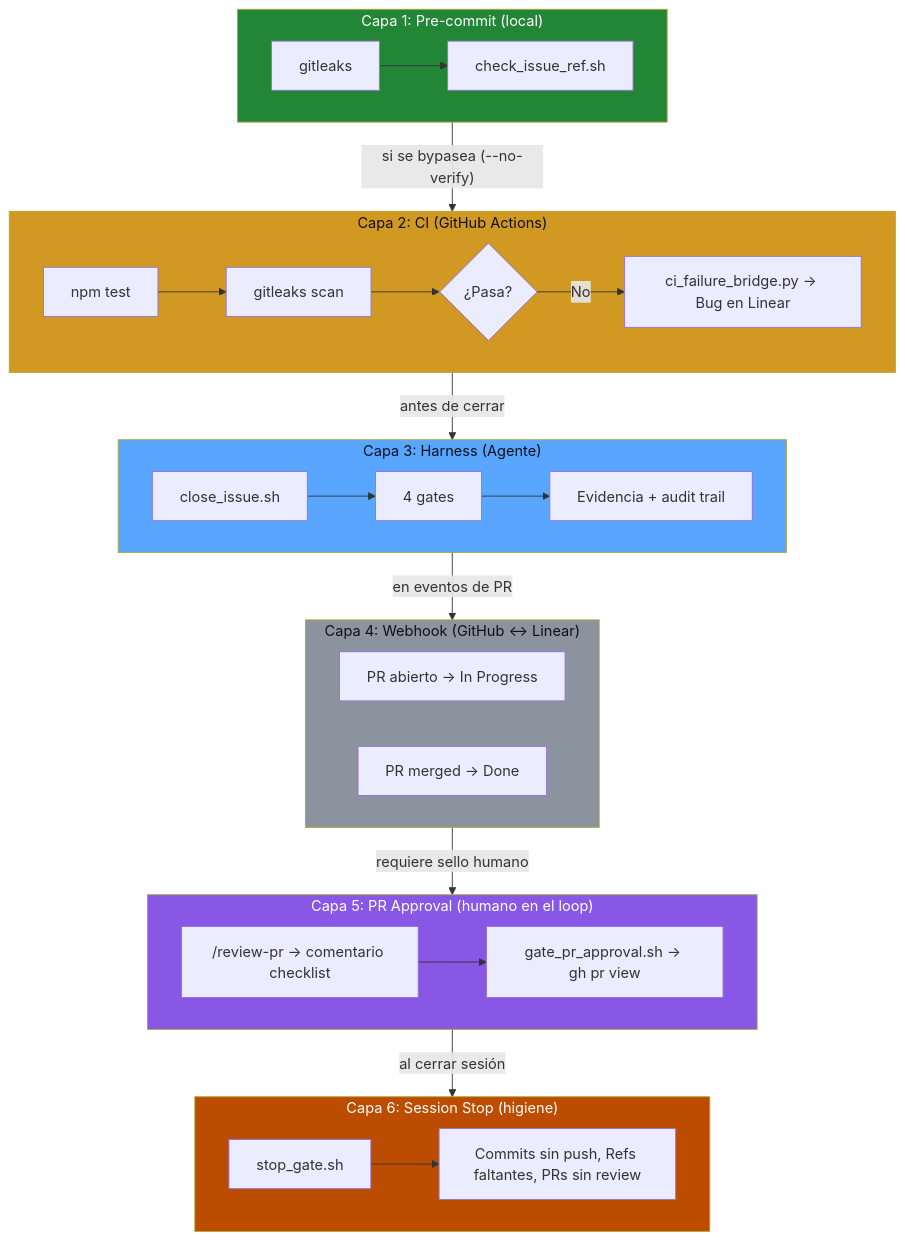
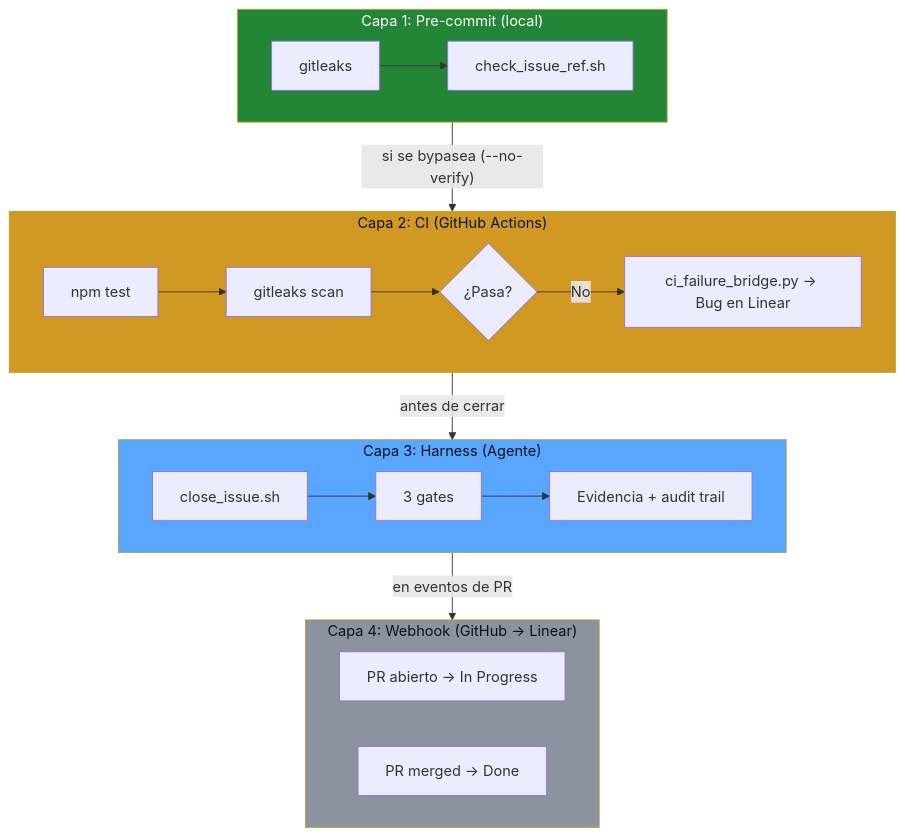
Before and after one commit to GACONET/harness-driven-dev: the fourth of 6 diagrams in docs/architecture.es.md, drawn with Mermaid. The commit also changed other lines of this file and 28 other files, not shown here.

````diff
--- a/docs/architecture.es.md
+++ b/docs/architecture.es.md
@@ -137,47 +128,31 @@
 ```mermaid
 graph TB
     subgraph L1["Capa 1: Pre-commit (local)"]
         L1A["gitleaks"] --> L1B["check_issue_ref.sh"]
     end
 
     subgraph L2["Capa 2: CI (GitHub Actions)"]
         L2A["npm test"] --> L2B["gitleaks scan"]
         L2B --> L2C{"¿Pasa?"}
         L2C -->|No| L2D["ci_failure_bridge.py → Bug en Linear"]
     end
 
     subgraph L3["Capa 3: Harness (Agente)"]
-        L3A["close_issue.sh"] --> L3B["4 gates"]
+        L3A["close_issue.sh"] --> L3B["3 gates"]
         L3B --> L3C["Evidencia + audit trail"]
     end
 
-    subgraph L4["Capa 4: Webhook (GitHub ↔ Linear)"]
+    subgraph L4["Capa 4: Webhook (GitHub → Linear)"]
         L4A["PR abierto → In Progress"]
         L4B["PR merged → Done"]
-    end
-
-    subgraph L5["Capa 5: PR Approval (humano en el loop)"]
-        L5A["/review-pr → comentario checklist"]
-        L5B["gate_pr_approval.sh → gh pr view"]
-        L5A --> L5B
-    end
-
-    subgraph L6["Capa 6: Session Stop (higiene)"]
-        L6A["stop_gate.sh"]
-        L6B["Commits sin push, Refs faltantes, PRs sin review"]
-        L6A --> L6B
     end
 
     L1 -->|"si se bypasea (--no-verify)"| L2
     L2 -->|"antes de cerrar"| L3
     L3 -->|"en eventos de PR"| L4
-    L4 -->|"requiere sello humano"| L5
-    L5 -->|"al cerrar sesión"| L6
 
     style L1 fill:#238636,color:#fff
     style L2 fill:#d29922,color:#0d1117
     style L3 fill:#58a6ff,color:#0d1117
     style L4 fill:#8b949e,color:#0d1117
-    style L5 fill:#8957e5,color:#fff
-    style L6 fill:#bc4c00,color:#fff
 ```
````
